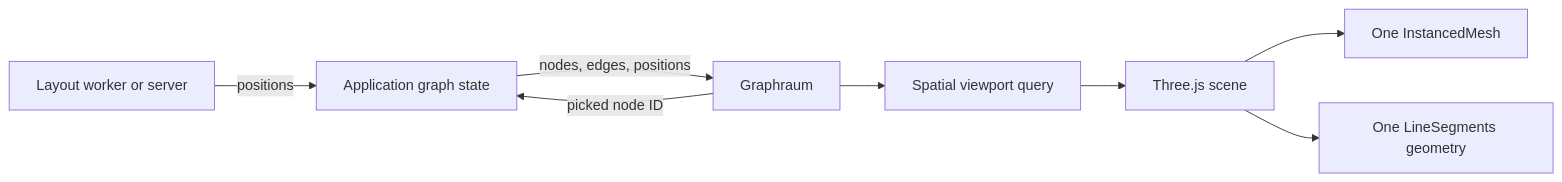
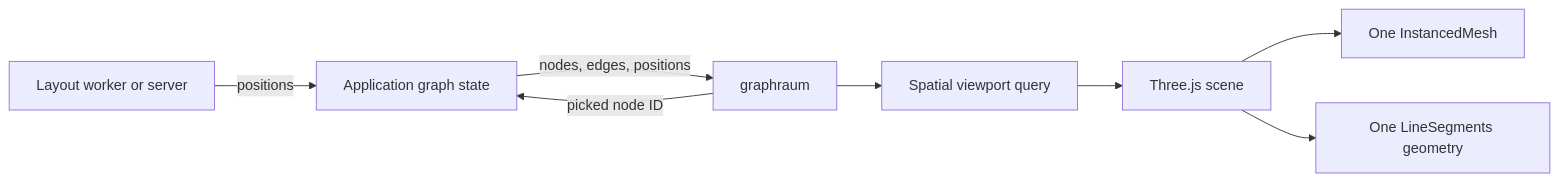
One commit to domudev/graphraum changed the diagram in docs/src/content/docs/architecture.mdx. Above: the diagram before and after it, drawn with Mermaid. The commit also changed other lines of this file and 12 other files, not shown here.

````diff
--- a/docs/src/content/docs/architecture.mdx
+++ b/docs/src/content/docs/architecture.mdx
@@ -10,10 +10,10 @@
 ```mermaid
 flowchart LR
-  App[Application graph state] -->|nodes, edges, positions| Graphraum
+  App[Application graph state] -->|nodes, edges, positions| Graphraum[graphraum]
   Layout[Layout worker or server] -->|positions| App
   Graphraum --> Viewport[Spatial viewport query]
   Viewport --> Scene[Three.js scene]
   Scene --> Nodes[One InstancedMesh]
   Scene --> Edges[One LineSegments geometry]
   Graphraum -->|picked node ID| App
 ```
````
